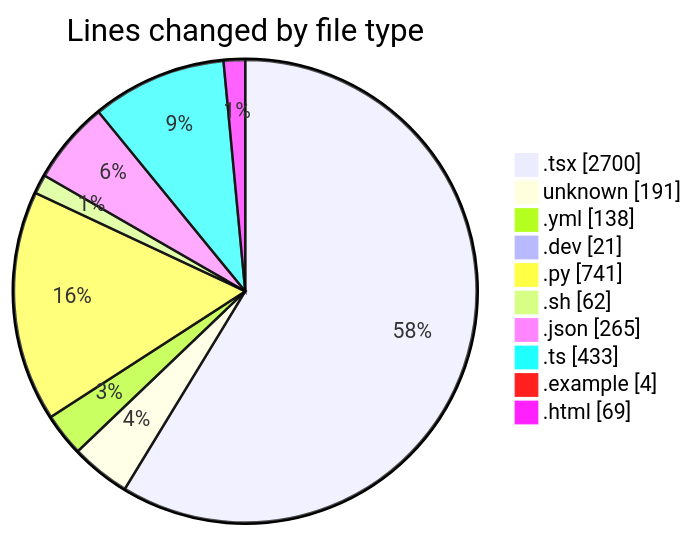
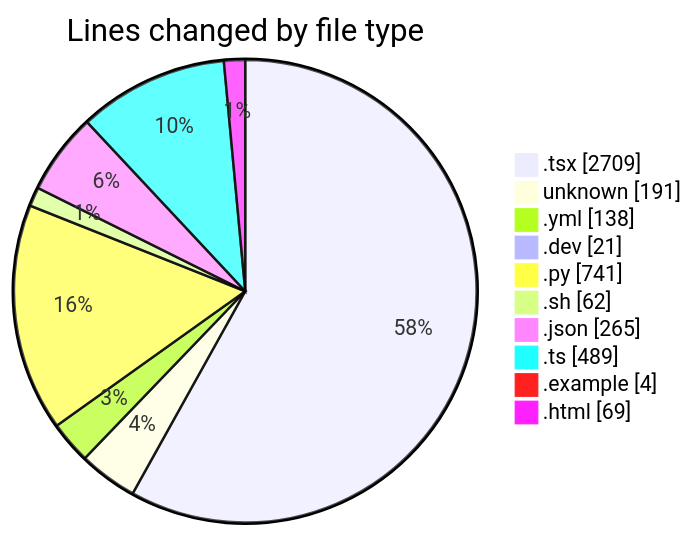
The first of 2 diagrams in 2025-05-18/niten/README.md (Elitesun/code-tracking), drawn with Mermaid before and after one commit. The commit also changed other lines of this file and 1 other file, not shown here.

````diff
--- a/2025-05-18/niten/README.md
+++ b/2025-05-18/niten/README.md
@@ -53,14 +53,14 @@
 ```mermaid
 pie showData
 title Lines changed by file type
-".tsx" : 2700
+".tsx" : 2709
 "unknown" : 191
 ".yml" : 138
 ".dev" : 21
 ".py" : 741
 ".sh" : 62
 ".json" : 265
-".ts" : 433
+".ts" : 489
 ".example" : 4
 ".html" : 69
 ```
````
